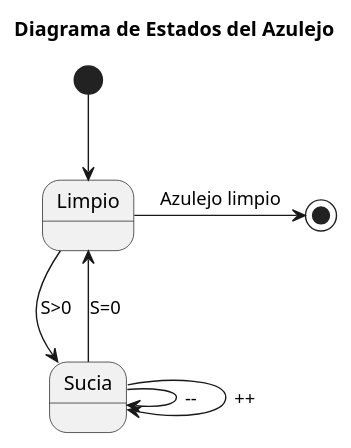
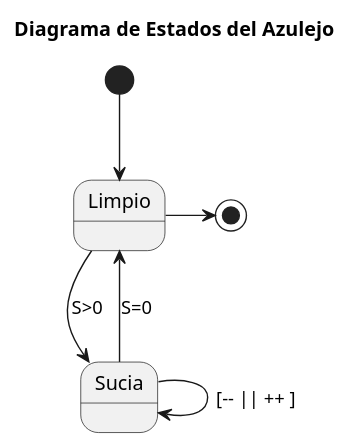
One commit to mmasias/23-24-IdSw2-SDD changed the diagram in modelosUML/DiagramaDeEstadopt2.puml. Above: the diagram before and after it, drawn with PlantUML.

Commit message:
Fix/atualización diagrama estado 2

```diff
--- a/modelosUML/DiagramaDeEstadopt2.puml
+++ b/modelosUML/DiagramaDeEstadopt2.puml
@@ -1,12 +1,12 @@
 @startuml
 title Diagrama de Estados del Azulejo
 
 [*] --> Limpio
 
 Limpio --> Sucia : S>0
 Sucia --> Limpio: S=0
-Limpio -r-> [*] : Azulejo limpio
-Sucia --> Sucia : --
-Sucia --> Sucia : ++
+Limpio -r-> [*] 
+Sucia --> Sucia : [-- || ++ ]
+
 
 @enduml
```
